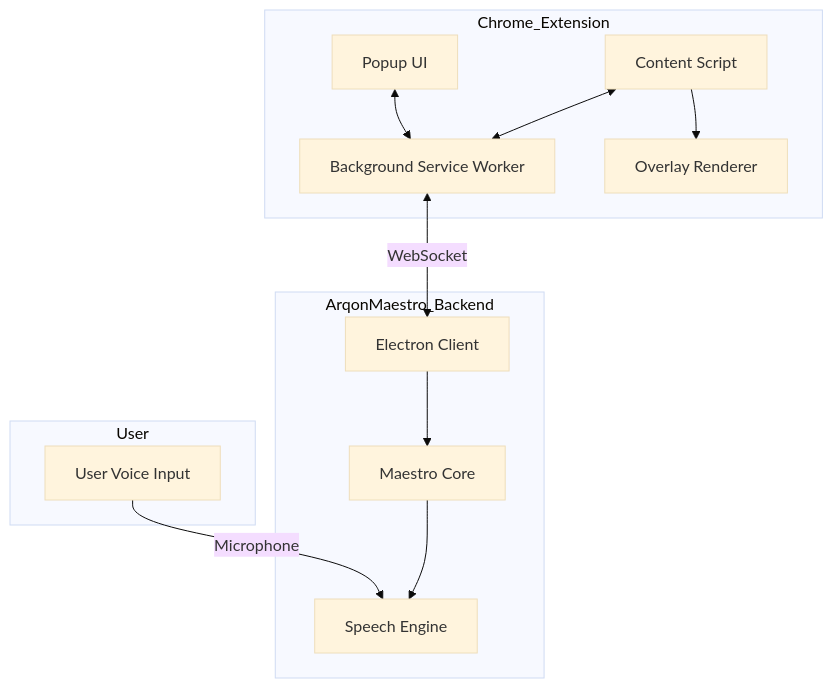
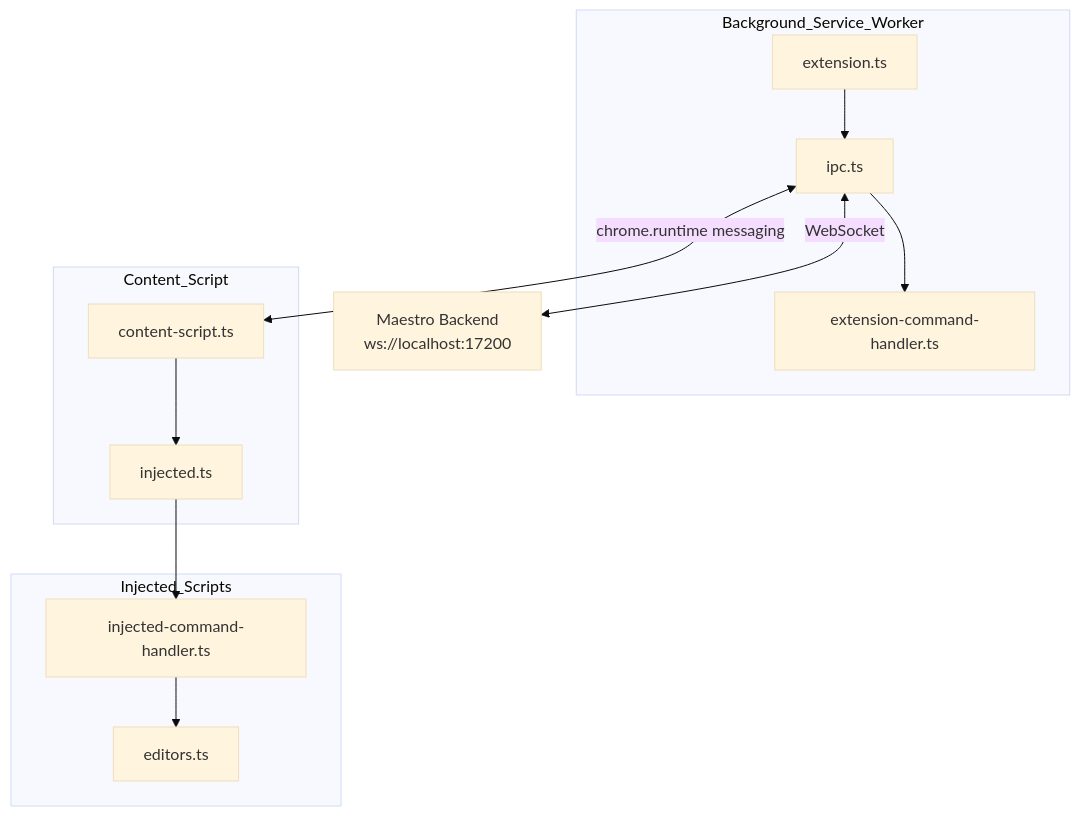
One commit to novelbytelabs/ArqonMaestro changed the diagram in docs/extensions/chrome/SPEC.md. Above: the diagram before and after it, drawn with Mermaid (base theme). The commit also changed other lines of this file and 3 other files, not shown here.

````diff
--- a/docs/extensions/chrome/SPEC.md
+++ b/docs/extensions/chrome/SPEC.md
@@ -35,27 +57,20 @@
 ```mermaid
 flowchart TB
-    subgraph User
-        U[User Voice Input]
+    subgraph Background_Service_Worker
+        E[extension.ts] --> IPC[ipc.ts]
+        IPC --> ECH[extension-command-handler.ts]
     end
     
-    subgraph Chrome_Extension
-        P[Popup UI]
-        B[Background Service Worker]
-        C[Content Script]
-        O[Overlay Renderer]
+    subgraph Content_Script
+        CS[content-script.ts] --> IS[injected.ts]
     end
     
-    subgraph ArqonMaestro_Backend
-        E[Electron Client]
-        M[Maestro Core]
-        S[Speech Engine]
+    subgraph Injected_Scripts
+        IS --> ICH[injected-command-handler.ts]
+        ICH --> ED[editors.ts]
     end
     
-    U -->|Microphone| S
-    P <--> B
-    B <-->|WebSocket| E
-    C <--> B
-    C --> O
-    E --> M
-    M --> S
+    IPC <-->|chrome.runtime messaging| CS
+    
+    IPC <-->|WebSocket| Backend[Maestro Backend<br/>ws://localhost:17200]
 ```
````
